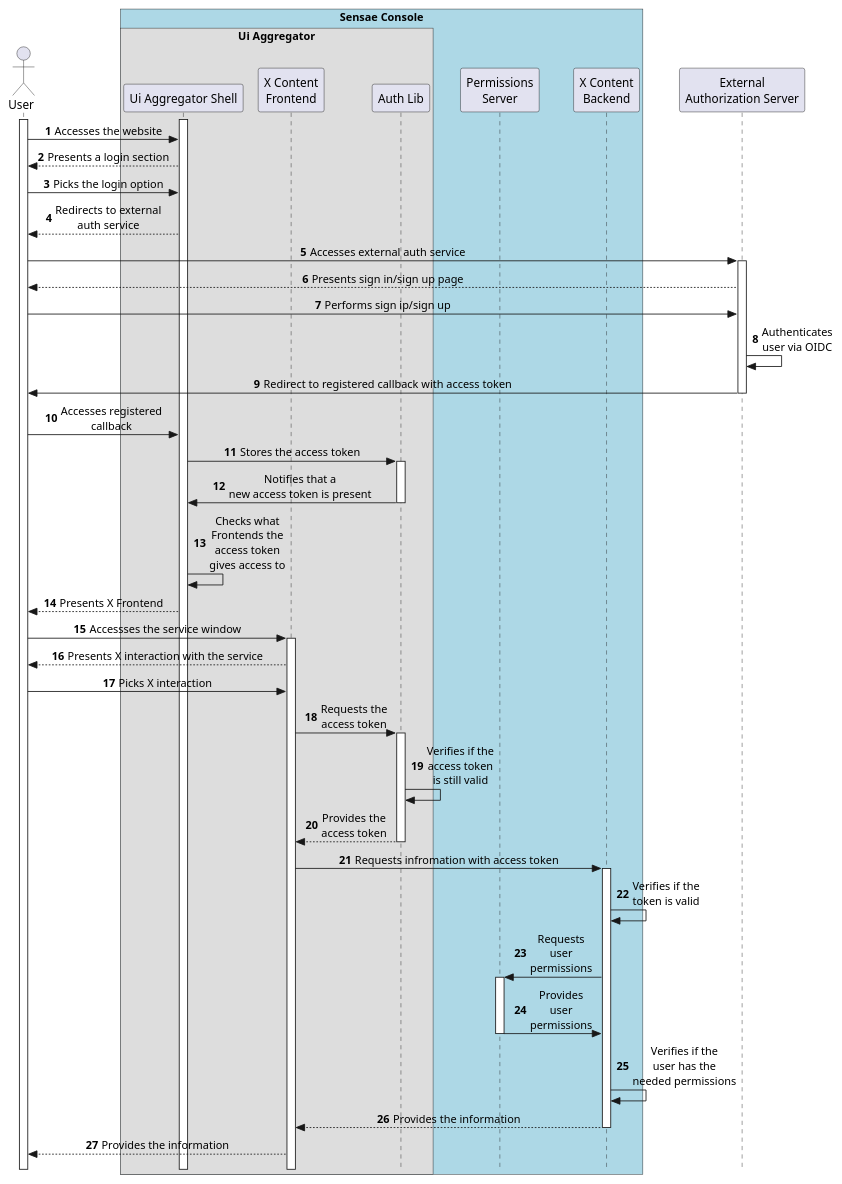
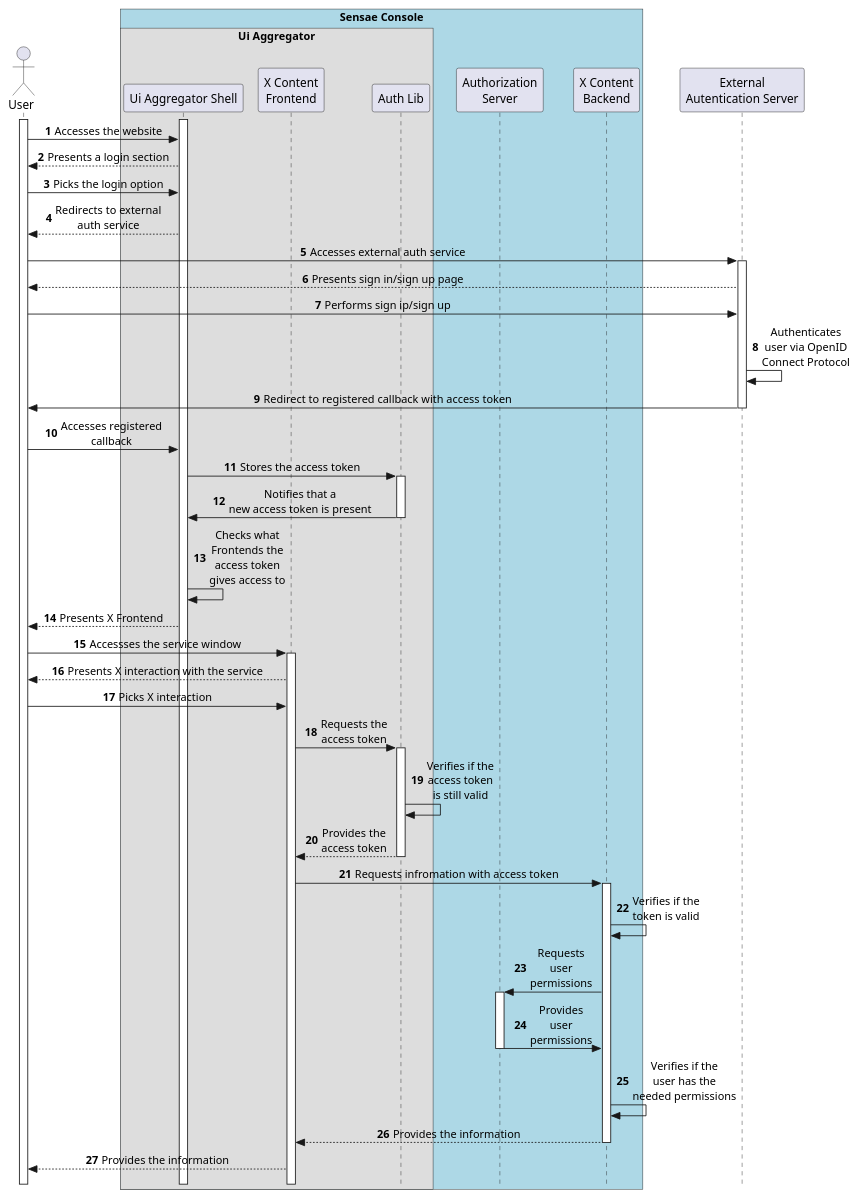
One commit to FilipeMCruz/dissertation changed the diagram in assets/diagrams/design/alternatives/auth/alternative3.pu. Above: the diagram before and after it, drawn with PlantUML. The commit also changed 107 other files, not shown here.

```diff
--- a/assets/diagrams/design/alternatives/auth/alternative3.pu
+++ b/assets/diagrams/design/alternatives/auth/alternative3.pu
@@ -1,63 +1,63 @@
 @startuml alternative3
 
 skinparam sequenceMessageAlign center
 skinparam style strictuml
 autonumber 1
 !pragma teoz true
 
 actor User
 box "Sensae Console" #LightBlue
 box "Ui Aggregator"
 participant "Ui Aggregator Shell" as AGGRE
 participant "X Content\nFrontend" as XFRONT
 participant "Auth Lib" as AUTHLIB
 end box
-participant "Permissions\nServer" as ROLESBACK
+participant "Authorization\nServer" as ROLESBACK
 participant "X Content\nBackend" as XBACK
 end box
 
-participant "External\nAuthorization Server" as AUTHSERVER
+participant "External\nAutentication Server" as AUTHSERVER
 
 activate AGGRE
 activate User
 
 User -> AGGRE: Accesses the website
 AGGRE --> User: Presents a login section
 User -> AGGRE: Picks the login option
 AGGRE --> User: Redirects to external\nauth service
 User -> AUTHSERVER: Accesses external auth service
 activate AUTHSERVER
 AUTHSERVER --> User: Presents sign in/sign up page
 User -> AUTHSERVER: Performs sign ip/sign up
-AUTHSERVER -> AUTHSERVER: Authenticates\nuser via OIDC
+AUTHSERVER -> AUTHSERVER: Authenticates\nuser via OpenID\nConnect Protocol
 AUTHSERVER -> User: Redirect to registered callback with access token
 deactivate AUTHSERVER
 User -> AGGRE: Accesses registered\ncallback
 AGGRE -> AUTHLIB: Stores the access token
 activate AUTHLIB
 AUTHLIB -> AGGRE: Notifies that a\nnew access token is present
 deactivate AUTHLIB
 AGGRE -> AGGRE: Checks what\nFrontends the\naccess token\ngives access to
 AGGRE --> User: Presents X Frontend
 User -> XFRONT: Accessses the service window
 activate XFRONT
 XFRONT --> User: Presents X interaction with the service
 User -> XFRONT: Picks X interaction
 XFRONT -> AUTHLIB: Requests the\naccess token
 activate AUTHLIB
 AUTHLIB -> AUTHLIB: Verifies if the\naccess token\nis still valid
 AUTHLIB --> XFRONT: Provides the\naccess token
 deactivate AUTHLIB
 XFRONT -> XBACK: Requests infromation with access token
 activate XBACK
 XBACK -> XBACK: Verifies if the\ntoken is valid
 XBACK -> ROLESBACK: Requests\nuser\npermissions
 activate ROLESBACK
 ROLESBACK -> XBACK: Provides\nuser\npermissions
 deactivate ROLESBACK
 XBACK -> XBACK: Verifies if the\nuser has the\nneeded permissions
 XBACK --> XFRONT: Provides the information
 deactivate XBACK
 XFRONT --> User: Provides the information
 
 @enduml
```
